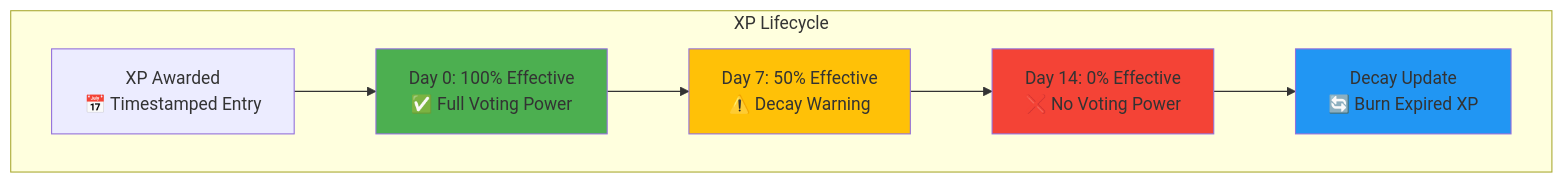
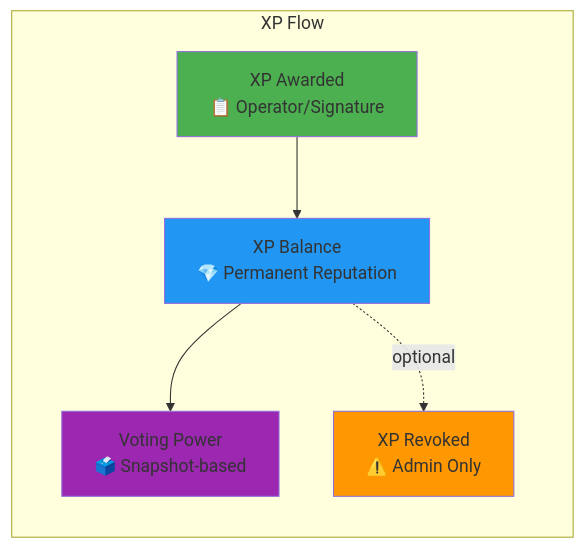
Before and after one commit to Elata-Biosciences/elata-protocol: the seventh of 10 diagrams in README.md, drawn with Mermaid. The commit also changed other lines of this file and 10 other files, not shown here.

````diff
--- a/README.md
+++ b/README.md
@@ -682,20 +712,18 @@
 ```mermaid
-graph TD
-    subgraph "XP Lifecycle"
-        AWARD[XP Awarded<br/>📅 Timestamped Entry]
-        FRESH[Day 0: 100% Effective<br/>✅ Full Voting Power]
-        DECAY[Day 7: 50% Effective<br/>⚠️ Decay Warning]
-        EXPIRED[Day 14: 0% Effective<br/>❌ No Voting Power]
-        UPDATE[Decay Update<br/>🔄 Burn Expired XP]
+graph LR
+    subgraph "XP Flow"
+        AWARD[XP Awarded<br/>📋 Operator/Signature]
+        HOLD[XP Balance<br/>💎 Permanent Reputation]
+        VOTE[Voting Power<br/>🗳️ Snapshot-based]
+        REVOKE[XP Revoked<br/>⚠️ Admin Only]
     end
     
-    AWARD --> FRESH
-    FRESH --> DECAY
-    DECAY --> EXPIRED
-    EXPIRED --> UPDATE
+    AWARD --> HOLD
+    HOLD --> VOTE
+    HOLD -.optional.-> REVOKE
     
-    style FRESH fill:#4caf50
-    style DECAY fill:#ffc107
-    style EXPIRED fill:#f44336
-    style UPDATE fill:#2196f3
+    style AWARD fill:#4caf50
+    style HOLD fill:#2196f3
+    style VOTE fill:#9c27b0
+    style REVOKE fill:#ff9800
 ```
````
